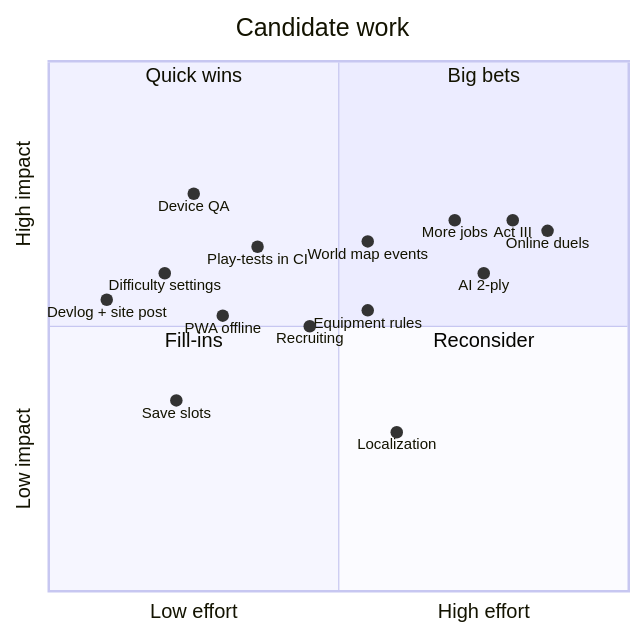
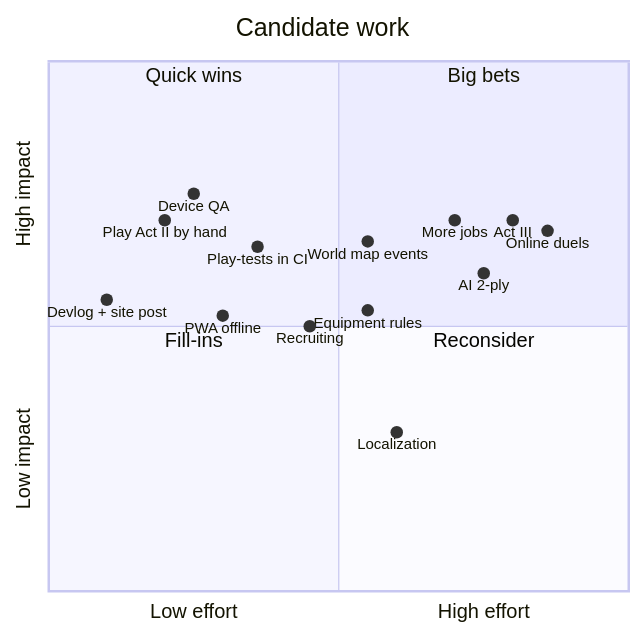
The third of 4 diagrams in docs/ROADMAP.md (CptNope/Chess-RPG-Tactics), drawn with Mermaid before and after one commit. The commit also changed other lines of this file and 23 other files, not shown here.

````diff
--- a/docs/ROADMAP.md
+++ b/docs/ROADMAP.md
@@ -137,24 +137,23 @@
 ```mermaid
 quadrantChart
     title Candidate work
     x-axis "Low effort" --> "High effort"
     y-axis "Low impact" --> "High impact"
     quadrant-1 "Big bets"
     quadrant-2 "Quick wins"
     quadrant-3 "Fill-ins"
     quadrant-4 "Reconsider"
-    "Difficulty settings": [0.2, 0.6]
+    "Play Act II by hand": [0.2, 0.7]
     "Devlog + site post": [0.1, 0.55]
     "Device QA": [0.25, 0.75]
     "Play-tests in CI": [0.36, 0.65]
     "Recruiting": [0.45, 0.5]
-    "Save slots": [0.22, 0.36]
     "PWA offline": [0.3, 0.52]
     "Equipment rules": [0.55, 0.53]
     "World map events": [0.55, 0.66]
     "AI 2-ply": [0.75, 0.6]
     "Act III": [0.8, 0.7]
     "More jobs": [0.7, 0.7]
     "Online duels": [0.86, 0.68]
     "Localization": [0.6, 0.3]
 ```
````
